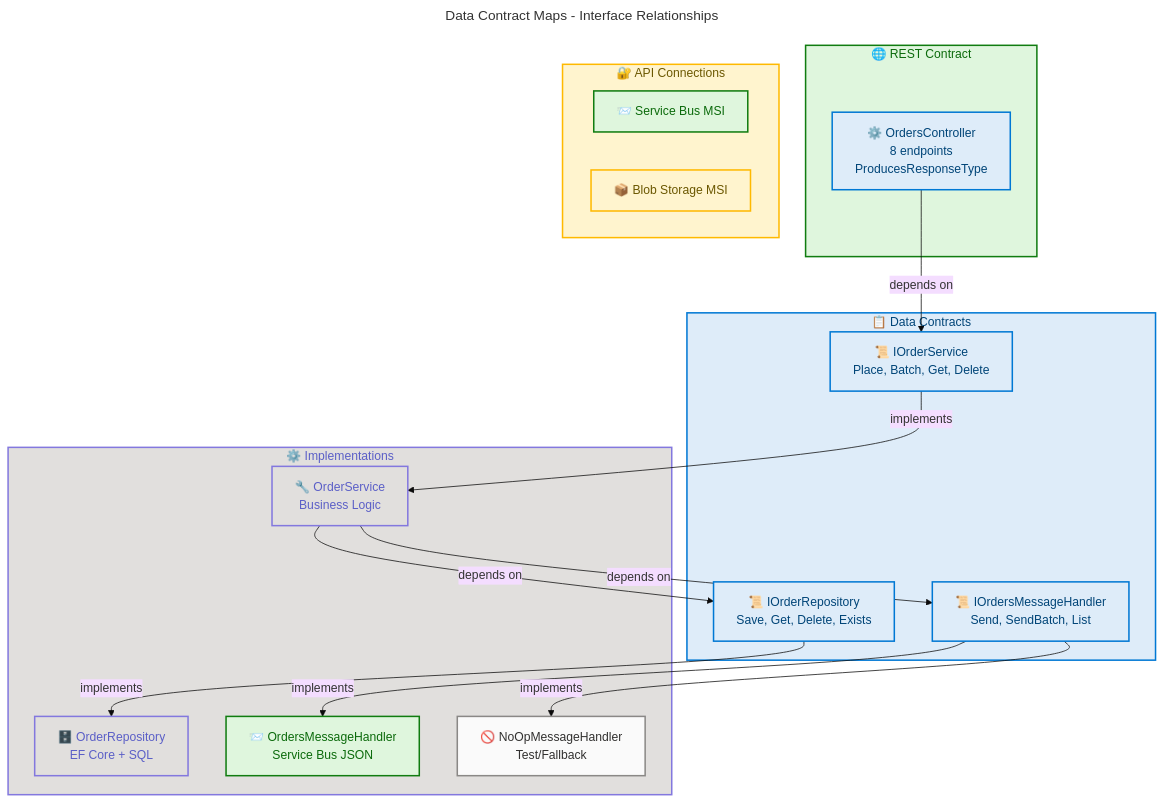
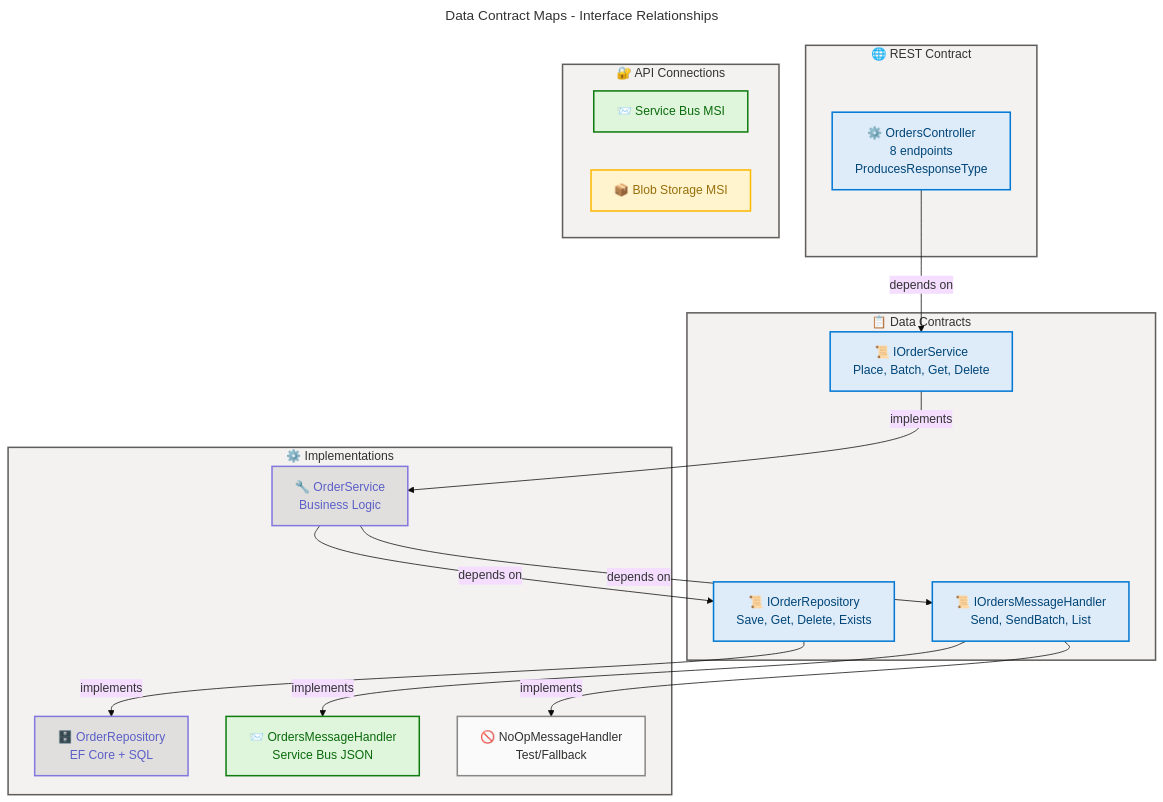
Before and after one commit to Evilazaro/Azure-LogicApps-Monitoring: the tenth of 13 diagrams in docs/architecture/data-architecture.md, drawn with Mermaid. The commit also changed other lines of this file and 1 other file, not shown here.

Commit message:
Refactor architecture diagrams for improved styling and consistency across components and data layers

````diff
--- a/docs/architecture/data-architecture.md
+++ b/docs/architecture/data-architecture.md
@@ -813,60 +813,60 @@
 ```mermaid
 ---
 title: Data Contract Maps - Interface Relationships
 config:
   theme: base
   look: classic
   layout: dagre
   themeVariables:
     fontSize: '16px'
   flowchart:
     htmlLabels: true
 ---
 flowchart TB
     accTitle: Data Contract Maps
     accDescr: Shows the relationship between data contracts interfaces and their implementations across the system
 
     %% ═══════════════════════════════════════════════════════════════════════════
     %% AZURE / FLUENT ARCHITECTURE PATTERN v1.1
     %% ═══════════════════════════════════════════════════════════════════════════
 
     subgraph CONTRACTS ["📋 Data Contracts"]
         IR["📜 IOrderRepository<br/>Save, Get, Delete, Exists"]:::core
         IS["📜 IOrderService<br/>Place, Batch, Get, Delete"]:::core
         IM["📜 IOrdersMessageHandler<br/>Send, SendBatch, List"]:::core
     end
-    style CONTRACTS fill:#DEECF9,stroke:#0078D4,stroke-width:2px,color:#004578
+    style CONTRACTS fill:#F3F2F1,stroke:#605E5C,stroke-width:2px,color:#323130
 
     subgraph IMPL ["⚙️ Implementations"]
         OR["🗄️ OrderRepository<br/>EF Core + SQL"]:::data
         OS["🔧 OrderService<br/>Business Logic"]:::data
         OM["📨 OrdersMessageHandler<br/>Service Bus JSON"]:::messaging
         NOP["🚫 NoOpMessageHandler<br/>Test/Fallback"]:::monitoring
     end
-    style IMPL fill:#E1DFDD,stroke:#8378DE,stroke-width:2px,color:#5B5FC7
+    style IMPL fill:#F3F2F1,stroke:#605E5C,stroke-width:2px,color:#323130
 
     subgraph REST ["🌐 REST Contract"]
         API["⚙️ OrdersController<br/>8 endpoints<br/>ProducesResponseType"]:::core
     end
-    style REST fill:#DFF6DD,stroke:#107C10,stroke-width:2px,color:#0B6A0B
+    style REST fill:#F3F2F1,stroke:#605E5C,stroke-width:2px,color:#323130
 
     subgraph MSI ["🔐 API Connections"]
         SBC["📨 Service Bus MSI"]:::messaging
         BLC["📦 Blob Storage MSI"]:::storage
     end
-    style MSI fill:#FFF4CE,stroke:#FFB900,stroke-width:2px,color:#6B5700
+    style MSI fill:#F3F2F1,stroke:#605E5C,stroke-width:2px,color:#323130
 
     IR -->|"implements"| OR
     IS -->|"implements"| OS
     IM -->|"implements"| OM
     IM -->|"implements"| NOP
     OS -->|"depends on"| IR
     OS -->|"depends on"| IM
     API -->|"depends on"| IS
 
     classDef core fill:#DEECF9,stroke:#0078D4,stroke-width:2px,color:#004578
     classDef data fill:#E1DFDD,stroke:#8378DE,stroke-width:2px,color:#5B5FC7
     classDef messaging fill:#DFF6DD,stroke:#107C10,stroke-width:2px,color:#0B6A0B
-    classDef storage fill:#FFF4CE,stroke:#FFB900,stroke-width:2px,color:#6B5700
+    classDef storage fill:#FFF4CE,stroke:#FFB900,stroke-width:2px,color:#986F0B
     classDef monitoring fill:#FAFAFA,stroke:#8A8886,stroke-width:2px,color:#323130
 ```
````
